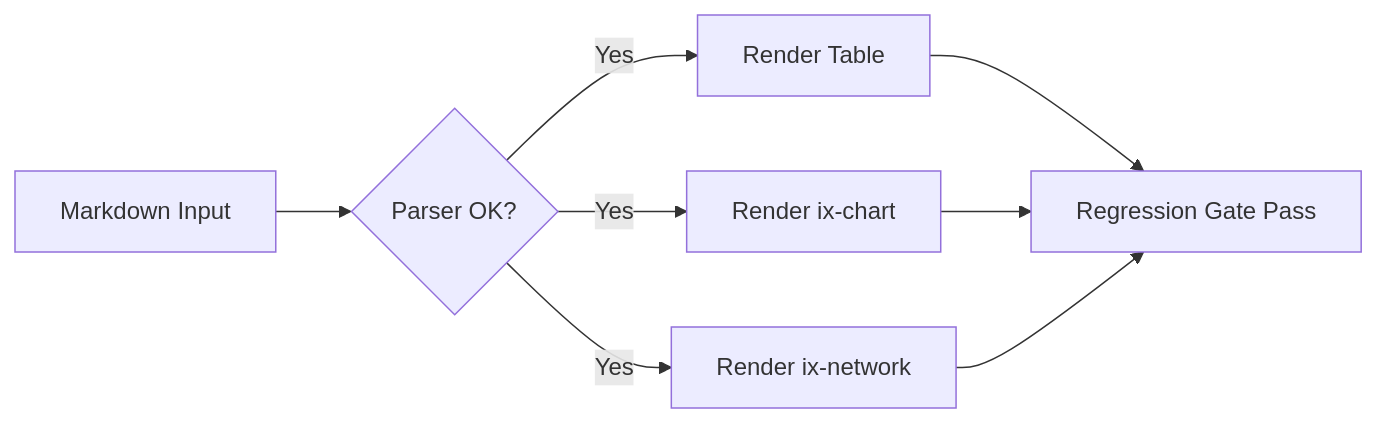
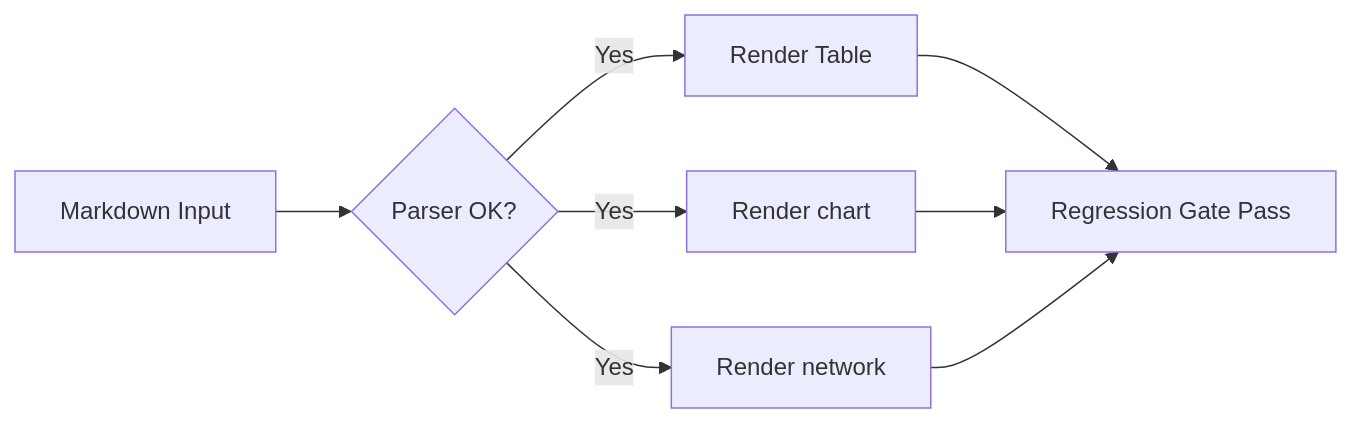
One commit to EvotecIT/IntelligenceX changed the first of 2 diagrams in IntelligenceX.Chat/IntelligenceX.Chat.App.Tests/Fixtures/Compatibility/ix-compat-transcript-visual-pack.md. Above: the diagram before and after it, drawn with Mermaid. The commit also changed other lines of this file and 24 other files, not shown here.

````diff
--- a/IntelligenceX.Chat/IntelligenceX.Chat.App.Tests/Fixtures/Compatibility/ix-compat-transcript-visual-pack.md
+++ b/IntelligenceX.Chat/IntelligenceX.Chat.App.Tests/Fixtures/Compatibility/ix-compat-transcript-visual-pack.md
@@ -41,10 +41,10 @@
 ```mermaid
 flowchart LR
     A[Markdown Input] --> B{Parser OK?}
     B -- Yes --> C[Render Table]
-    B -- Yes --> D[Render ix-chart]
-    B -- Yes --> E[Render ix-network]
+    B -- Yes --> D[Render chart]
+    B -- Yes --> E[Render network]
     C --> H[Regression Gate Pass]
     D --> H
     E --> H
 ```
````
